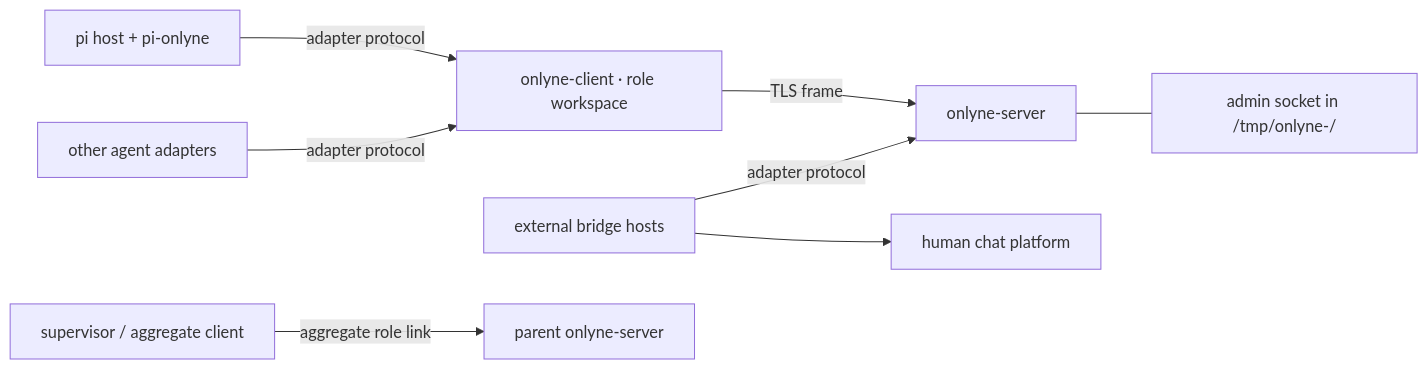
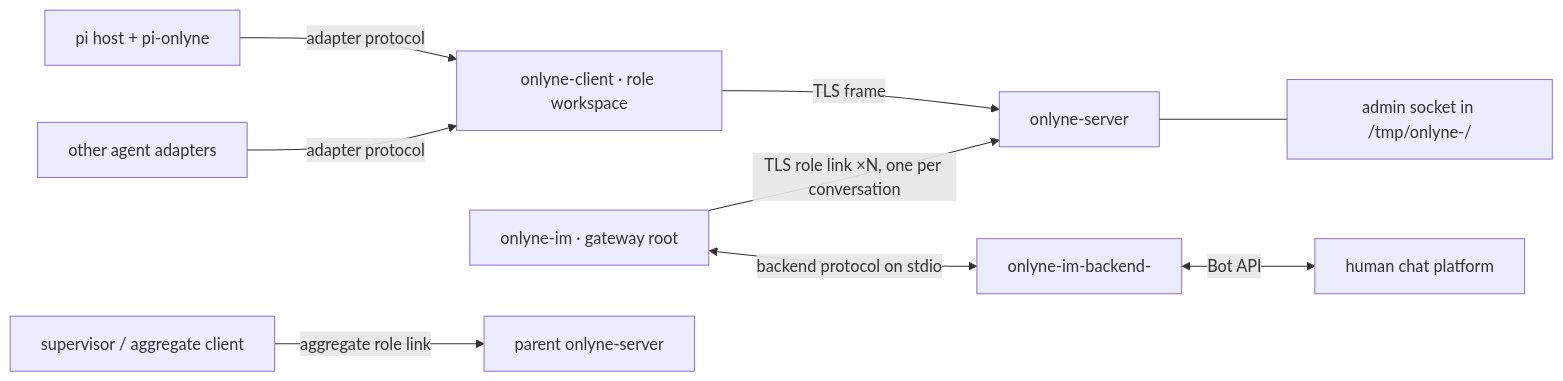
One commit to dbydd/onlyne changed the second of 2 diagrams in README.md. Above: the diagram before and after it, drawn with Mermaid. The commit also changed other lines of this file and 79 other files, not shown here.

````diff
--- a/README.md
+++ b/README.md
@@ -388,10 +515,11 @@
 ```mermaid
 graph LR
   P[pi host + pi-onlyne] -->|adapter protocol| C[onlyne-client · role workspace]
   A[other agent adapters] -->|adapter protocol| C
   C -->|TLS frame| SRV[onlyne-server]
-  B[external bridge hosts] -->|adapter protocol| SRV
-  B --> H[human chat platform]
+  IM[onlyne-im · gateway root] -->|"TLS role link ×N, one per conversation"| SRV
+  IM <-->|"backend protocol on stdio"| BE[onlyne-im-backend-<platform>]
+  BE <-->|Bot API| H[human chat platform]
   SC[supervisor / aggregate client] -->|aggregate role link| PS[parent onlyne-server]
   SRV --- AD[admin socket in /tmp/onlyne-<uid>/]
 ```
````
